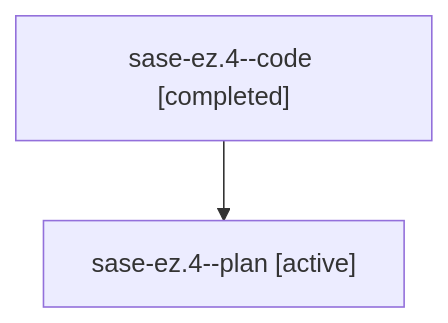
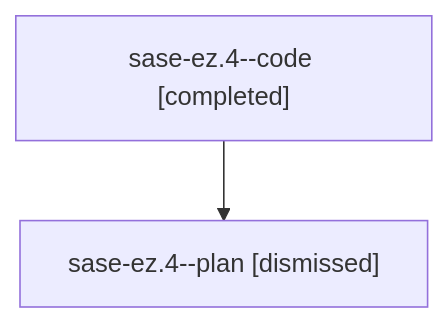
One commit to sase-org/sase--agents changed the diagram in sessions/bbugyi200.athena.sase-ez.4.md. Above: the diagram before and after it, drawn with Mermaid. The commit also changed other lines of this file and 66 other files, not shown here.

````diff
--- a/sessions/bbugyi200.athena.sase-ez.4.md
+++ b/sessions/bbugyi200.athena.sase-ez.4.md
@@ -9,6 +9,6 @@
 ```mermaid
 flowchart TD
   n0["sase-ez.4--code [completed]"]
-  n1["sase-ez.4--plan [active]"]
+  n1["sase-ez.4--plan [dismissed]"]
   n0 --> n1
 ```
````
